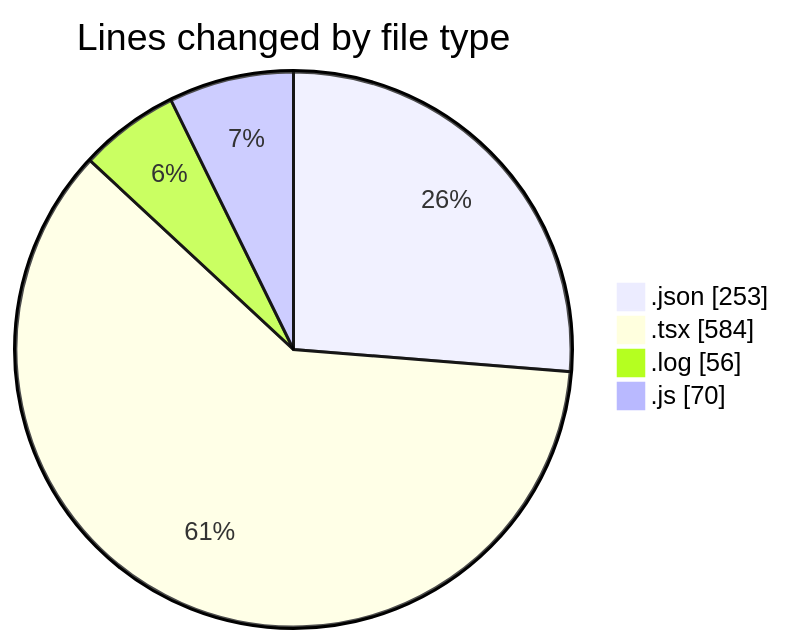
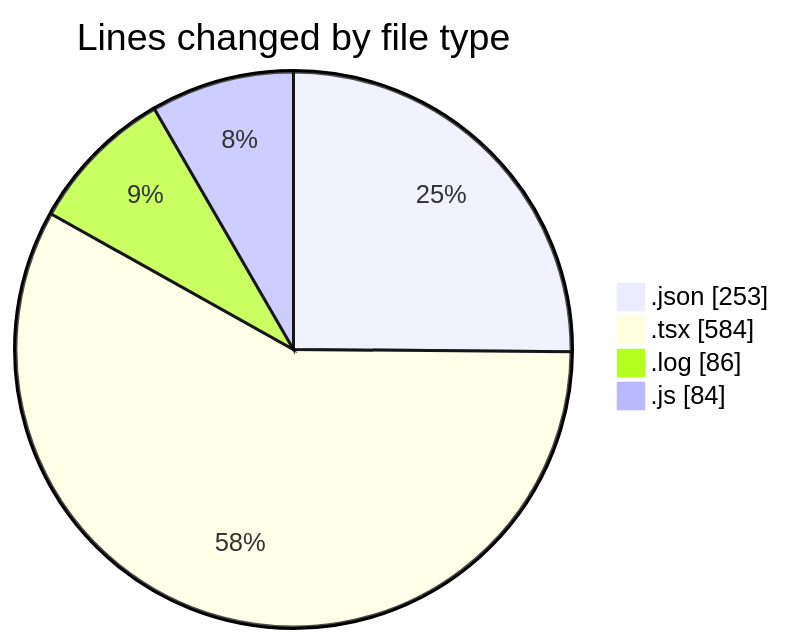
The first of 2 diagrams in 2026-03-24/cda/README.md (momahboobian/code-tracking), drawn with Mermaid before and after one commit. The commit also changed other lines of this file and 1 other file, not shown here.

````diff
--- a/2026-03-24/cda/README.md
+++ b/2026-03-24/cda/README.md
@@ -26,8 +26,8 @@
 ```mermaid
 pie showData
 title Lines changed by file type
 ".json" : 253
 ".tsx" : 584
-".log" : 56
-".js" : 70
+".log" : 86
+".js" : 84
 ```
````
